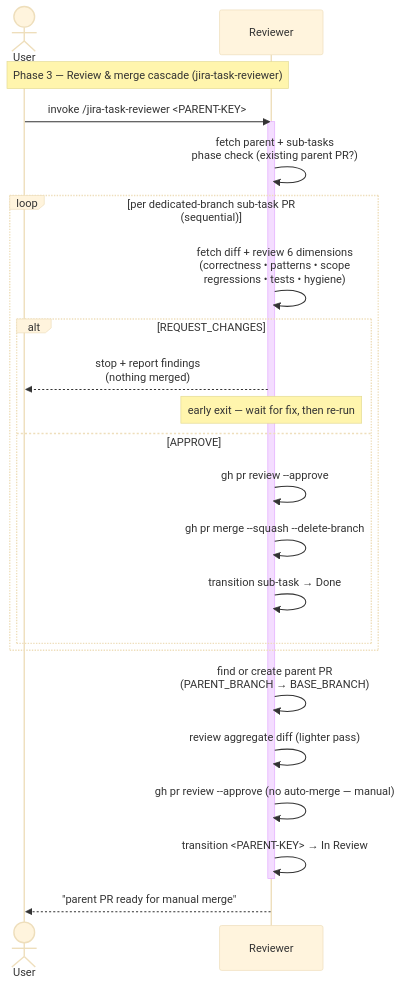
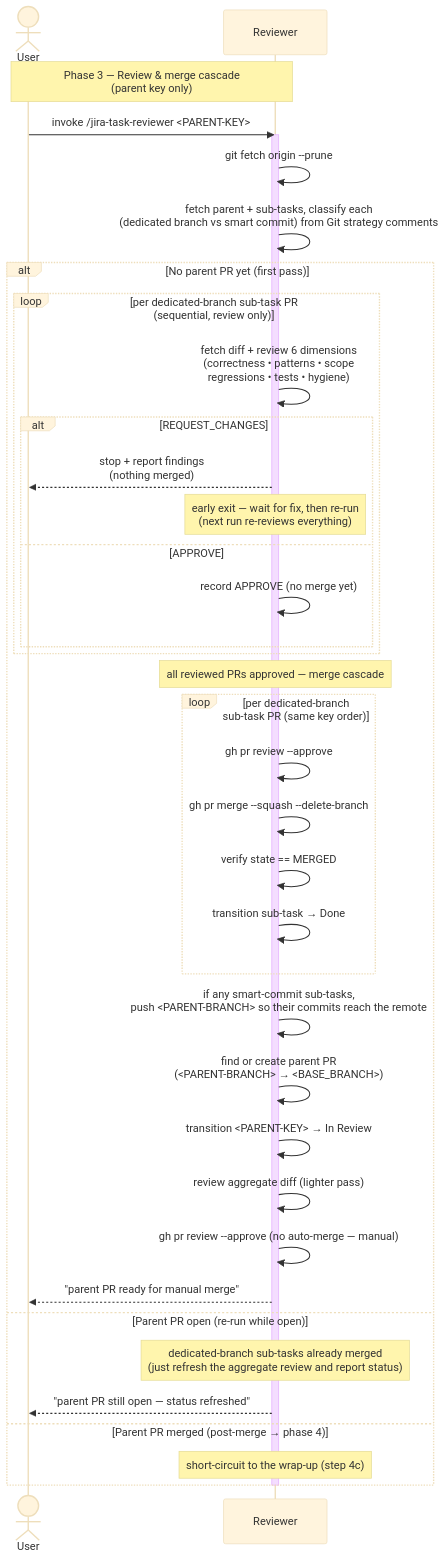
One commit to kantorv/jira-sdlc-tools changed the diagram in plugins/jira-sdlc/docs/TASK-LIFECYCLE-PHASE-3.md. Above: the diagram before and after it, drawn with Mermaid (base theme). The commit also changed other lines of this file and 5 other files, not shown here.

Commit message:
diagramms fix pass one

````diff
--- a/plugins/jira-sdlc/docs/TASK-LIFECYCLE-PHASE-3.md
+++ b/plugins/jira-sdlc/docs/TASK-LIFECYCLE-PHASE-3.md
@@ -15,31 +15,45 @@
 ```mermaid
 sequenceDiagram
     actor User
     participant Reviewer
 
-    Note over User,Reviewer: Phase 3 — Review & merge cascade (jira-task-reviewer)
+    Note over User,Reviewer: Phase 3 — Review & merge cascade<br/>(parent key only)
     User->>Reviewer: invoke /jira-task-reviewer <PARENT-KEY>
 
     activate Reviewer
-    Reviewer->>Reviewer: fetch parent + sub-tasks<br/>phase check (existing parent PR?)
+    Reviewer->>Reviewer: git fetch origin --prune
+    Reviewer->>Reviewer: fetch parent + sub-tasks, classify each<br/>(dedicated branch vs smart commit) from Git strategy comments
 
-    loop per dedicated-branch sub-task PR (sequential)
-        Reviewer->>Reviewer: fetch diff + review 6 dimensions<br/>(correctness • patterns • scope<br/>regressions • tests • hygiene)
-        alt REQUEST_CHANGES
-            Reviewer-->>User: stop + report findings<br/>(nothing merged)
-            Note over Reviewer: early exit — wait for fix, then re-run
-        else APPROVE
+    alt No parent PR yet (first pass)
+        loop per dedicated-branch sub-task PR (sequential, review only)
+            Reviewer->>Reviewer: fetch diff + review 6 dimensions<br/>(correctness • patterns • scope<br/>regressions • tests • hygiene)
+            alt REQUEST_CHANGES
+                Reviewer-->>User: stop + report findings<br/>(nothing merged)
+                Note over Reviewer: early exit — wait for fix, then re-run<br/>(next run re-reviews everything)
+            else APPROVE
+                Reviewer->>Reviewer: record APPROVE (no merge yet)
+            end
+        end
+
+        Note over Reviewer: all reviewed PRs approved — merge cascade
+        loop per dedicated-branch sub-task PR (same key order)
             Reviewer->>Reviewer: gh pr review --approve
             Reviewer->>Reviewer: gh pr merge --squash --delete-branch
+            Reviewer->>Reviewer: verify state == MERGED
             Reviewer->>Reviewer: transition sub-task → Done
         end
+
+        Reviewer->>Reviewer: if any smart-commit sub-tasks,<br/>push <PARENT-BRANCH> so their commits reach the remote
+        Reviewer->>Reviewer: find or create parent PR<br/>(<PARENT-BRANCH> → <BASE_BRANCH>)
+        Reviewer->>Reviewer: transition <PARENT-KEY> → In Review
+        Reviewer->>Reviewer: review aggregate diff (lighter pass)
+        Reviewer->>Reviewer: gh pr review --approve (no auto-merge — manual)
+        Reviewer-->>User: "parent PR ready for manual merge"
+    else Parent PR open (re-run while open)
+        Note over Reviewer: dedicated-branch sub-tasks already merged<br/>(just refresh the aggregate review and report status)
+        Reviewer-->>User: "parent PR still open — status refreshed"
+    else Parent PR merged (post-merge → phase 4)
+        Note over Reviewer: short-circuit to the wrap-up (step 4c)
     end
-
-    Reviewer->>Reviewer: find or create parent PR<br/>(PARENT_BRANCH → BASE_BRANCH)
-    Reviewer->>Reviewer: review aggregate diff (lighter pass)
-    Reviewer->>Reviewer: gh pr review --approve (no auto-merge — manual)
-    Reviewer->>Reviewer: transition <PARENT-KEY> → In Review
     deactivate Reviewer
-
-    Reviewer-->>User: "parent PR ready for manual merge"
 ```
````
